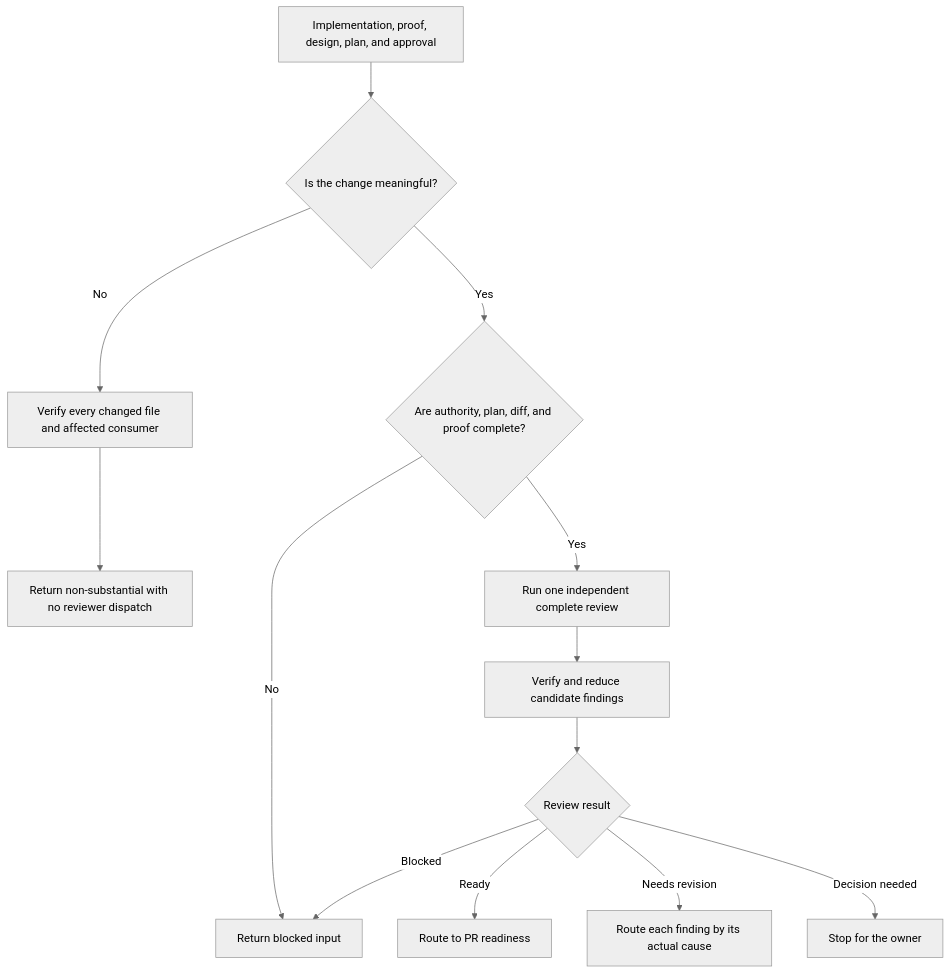
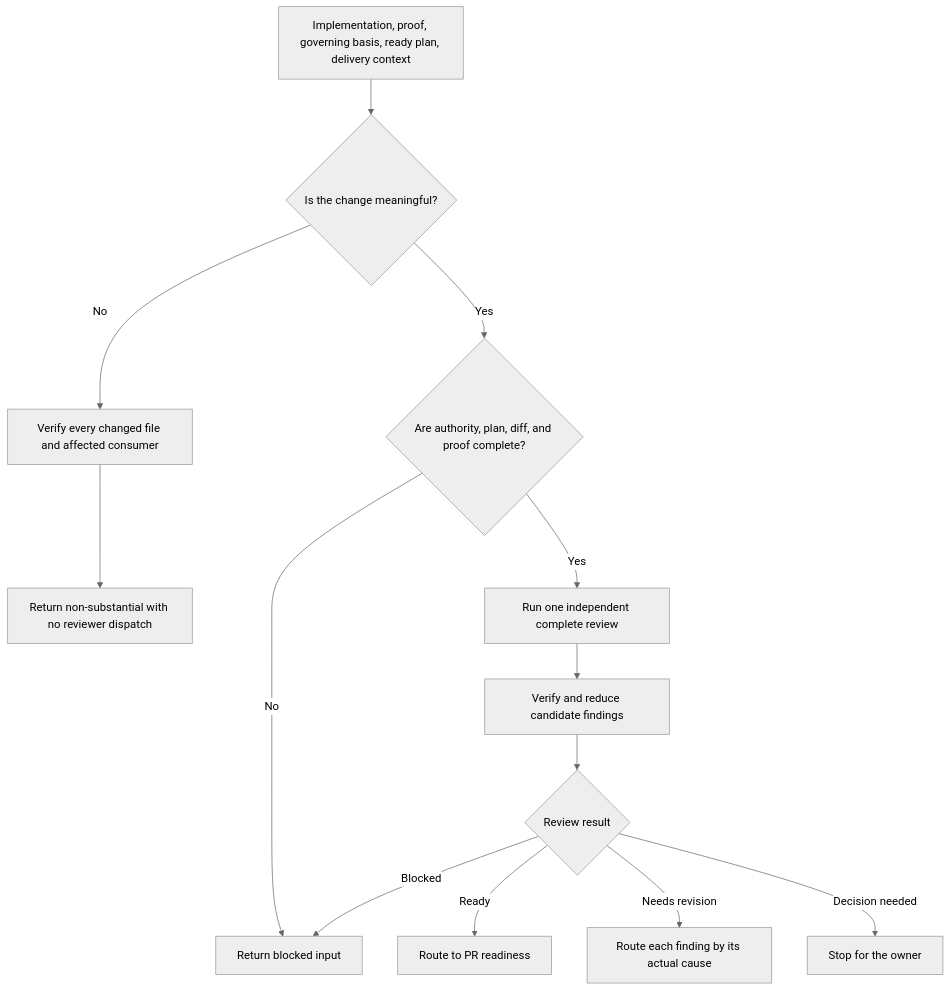
Before and after one commit to ShravanSunder/ai-tools: the diagram in plugins/shravan-dev-workflow/skills/review-implementation/README.md, drawn with Mermaid (neutral theme). The commit also changed other lines of this file and 120 other files, not shown here.

````diff
--- a/plugins/shravan-dev-workflow/skills/review-implementation/README.md
+++ b/plugins/shravan-dev-workflow/skills/review-implementation/README.md
@@ -9,15 +9,15 @@
 ```mermaid
 flowchart TD
-    A[Implementation, proof, design, plan, and approval] --> B{Is the change meaningful?}
+    A[Implementation, proof, governing basis, ready plan, delivery context] --> B{Is the change meaningful?}
     B -- No --> C[Verify every changed file and affected consumer]
     C --> D[Return non-substantial with no reviewer dispatch]
     B -- Yes --> E{Are authority, plan, diff, and proof complete?}
     E -- No --> F[Return blocked input]
     E -- Yes --> G[Run one independent complete review]
     G --> H[Verify and reduce candidate findings]
     H --> I{Review result}
     I -- Ready --> J[Route to PR readiness]
     I -- Needs revision --> K[Route each finding by its actual cause]
     I -- Decision needed --> L[Stop for the owner]
     I -- Blocked --> F
 ```
````
